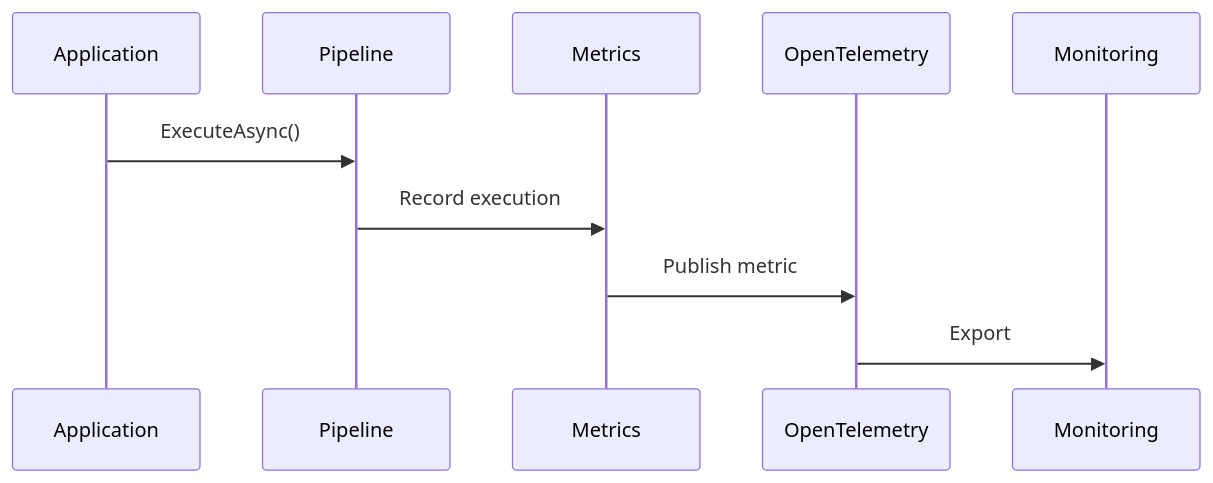
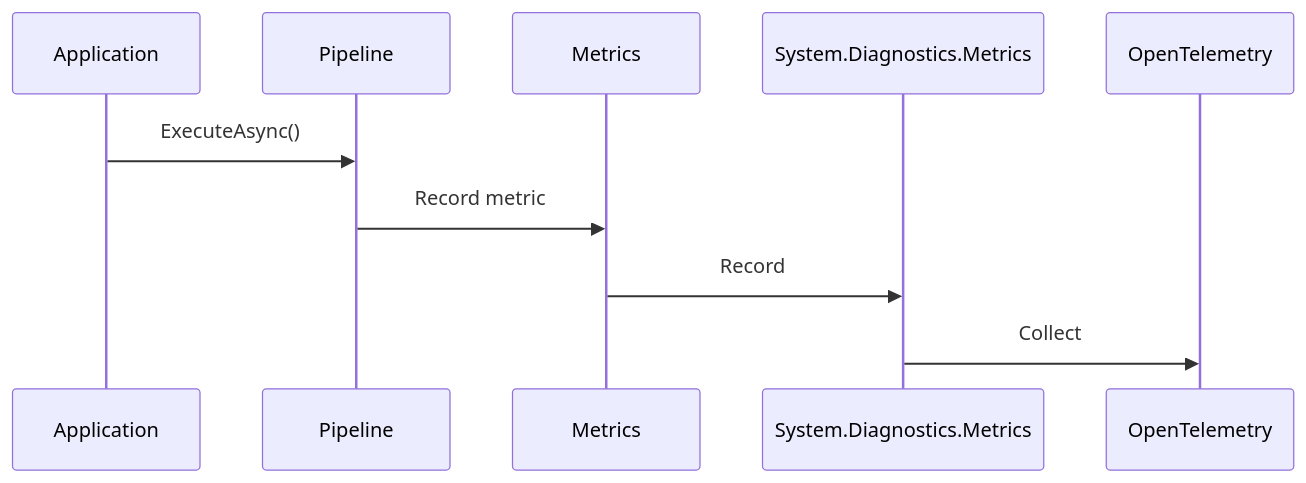
One commit to FEDERIN/CoreSystem changed the second of 2 diagrams in docs/Resilience/Observability.md. Above: the diagram before and after it, drawn with Mermaid. The commit also changed other lines of this file and 44 other files, not shown here.

````diff
--- a/docs/Resilience/Observability.md
+++ b/docs/Resilience/Observability.md
@@ -121,21 +105,21 @@
 ```mermaid
 sequenceDiagram
 
     participant Application
 
     participant Pipeline
 
     participant Metrics
 
+    participant Meter as System.Diagnostics.Metrics
+
     participant OpenTelemetry
-
-    participant Monitoring
 
     Application->>Pipeline: ExecuteAsync()
 
-    Pipeline->>Metrics: Record execution
+    Pipeline->>Metrics: Record metric
 
-    Metrics->>OpenTelemetry: Publish metric
+    Metrics->>Meter: Record
 
-    OpenTelemetry->>Monitoring: Export
+    Meter->>OpenTelemetry: Collect
 ```
````
